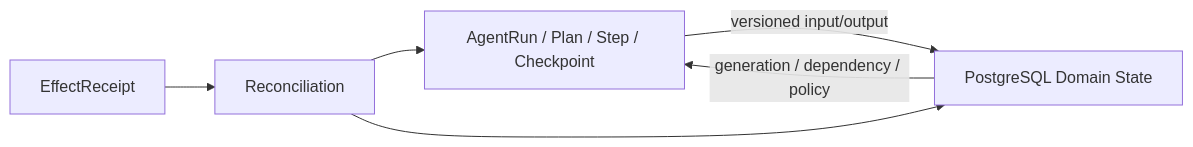
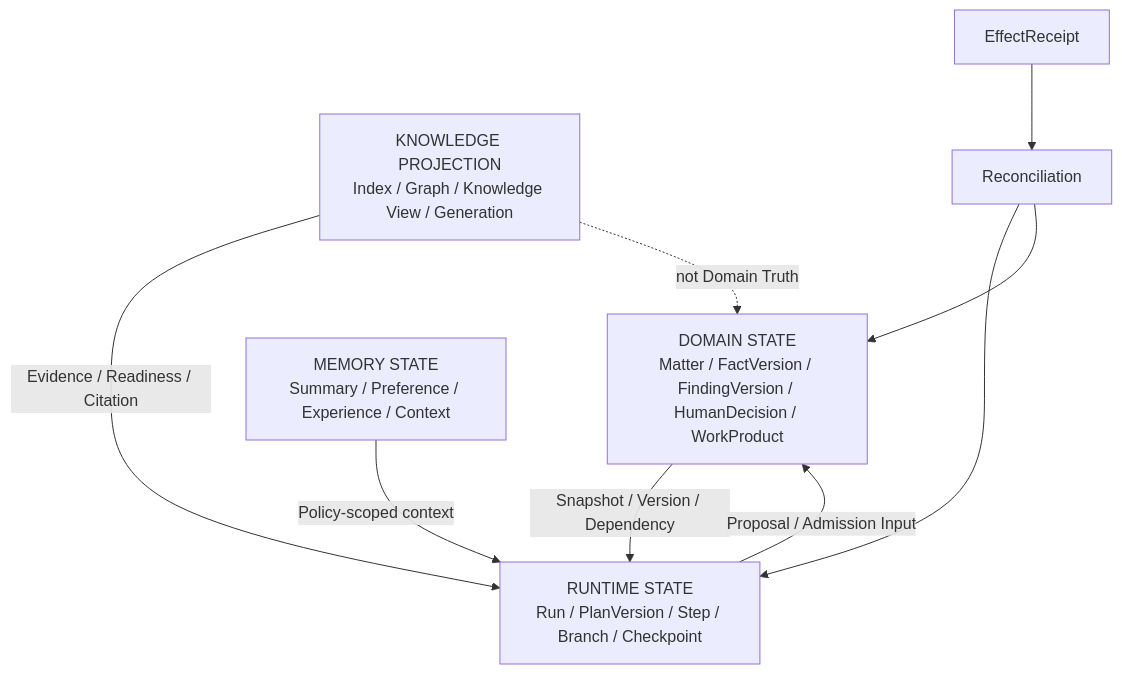
One commit to ProfessorZhi/Zuno changed the eighth of 14 diagrams in docs/architecture/architecture-views.md. Above: the diagram before and after it, drawn with Mermaid. The commit also changed other lines of this file and 3 other files, not shown here.

Commit message:
docs: refine overall architecture module candidates

````diff
--- a/docs/architecture/architecture-views.md
+++ b/docs/architecture/architecture-views.md
@@ -132,10 +153,14 @@
 ```mermaid
-flowchart LR
-  RUNTIME[AgentRun / Plan / Step / Checkpoint]
-  DOMAIN[PostgreSQL Domain State]
-  RUNTIME -->|versioned input/output| DOMAIN
-  DOMAIN -->|generation / dependency / policy| RUNTIME
+flowchart TB
+  DOMAIN[DOMAIN STATE<br/>Matter / FactVersion / FindingVersion / HumanDecision / WorkProduct]
+  RUNTIME[RUNTIME STATE<br/>Run / PlanVersion / Step / Branch / Checkpoint]
+  MEMORY[MEMORY STATE<br/>Summary / Preference / Experience / Context]
+  KNOW[KNOWLEDGE PROJECTION<br/>Index / Graph / Knowledge View / Generation]
+  DOMAIN -->|Snapshot / Version / Dependency| RUNTIME
+  RUNTIME -->|Proposal / Admission Input| DOMAIN
+  MEMORY -->|Policy-scoped context| RUNTIME
+  KNOW -->|Evidence / Readiness / Citation| RUNTIME
+  KNOW -.->|not Domain Truth| DOMAIN
   EFFECT[EffectReceipt] --> RECON[Reconciliation]
-  RECON --> RUNTIME
-  RECON --> DOMAIN
+  RECON --> RUNTIME & DOMAIN
 ```
````
